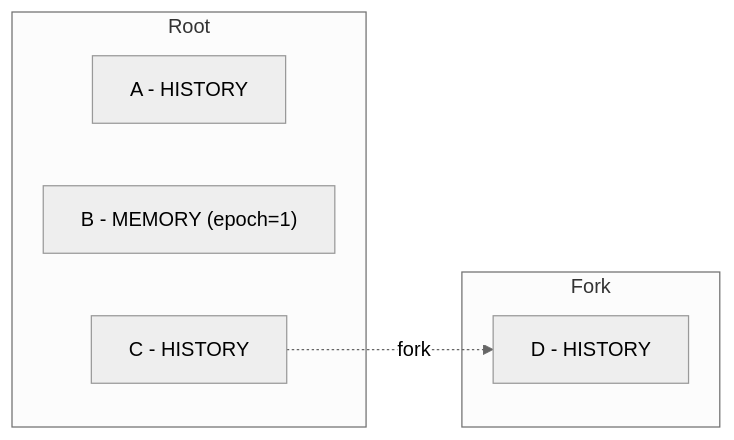
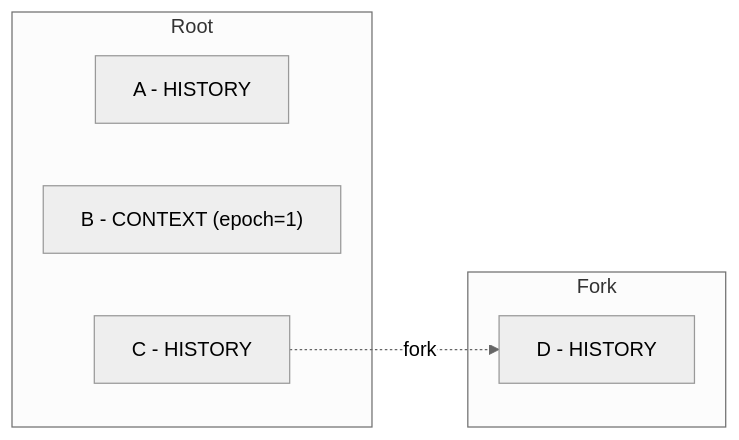
Before and after one commit to chirino/memory-service: diagram 13 of 15 in docs/entry-data-model.md, drawn with Mermaid (neutral theme). The commit also changed other lines of this file and 58 other files, not shown here.

````diff
--- a/docs/entry-data-model.md
+++ b/docs/entry-data-model.md
@@ -457,12 +492,12 @@
 ```mermaid
 flowchart LR
     subgraph Root
         R_A[A - HISTORY]
-        R_B["B - MEMORY (epoch=1)"]
+        R_B["B - CONTEXT (epoch=1)"]
         R_C[C - HISTORY]
     end
     subgraph Fork
         F_D[D - HISTORY]
     end
     R_C -.->|fork| F_D
 ```
````
